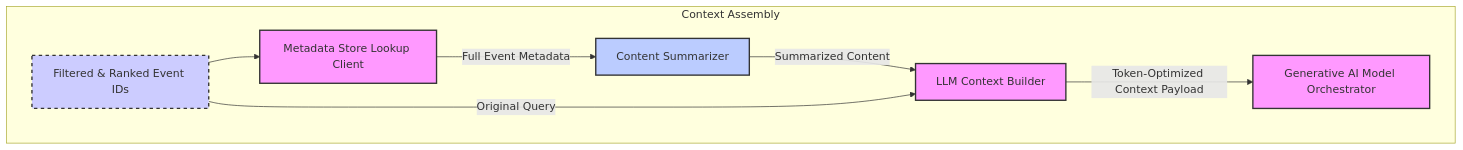
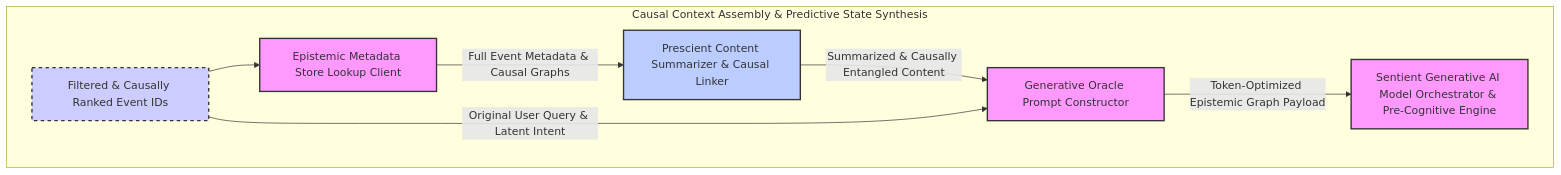
One commit to diplomat-bit/Citibank_Demo_Business_Inc_Demonstration- changed the seventh of 15 diagrams in inventions/inventions/024_ai_smart_city_monitoring.md. Above: the diagram before and after it, drawn with Mermaid. The commit also changed other lines of this file, not shown here.

````diff
--- a/inventions/inventions/024_ai_smart_city_monitoring.md
+++ b/inventions/inventions/024_ai_smart_city_monitoring.md
@@ -394,23 +438,23 @@
 ```mermaid
 graph TD
-    subgraph "Context Assembly"
+    subgraph "Causal Context Assembly & Predictive State Synthesis"
         direction LR
-        A[Filtered & Ranked Event IDs] --> B[Metadata Store Lookup Client]
-        B -- Full Event Metadata --> C[Content Summarizer]
-        C -- Summarized Content --> D[LLM Context Builder]
-        A -- Original Query --> D
-        D -- Token-Optimized Context Payload --> E[Generative AI Model Orchestrator]
+        A[Filtered & Causally Ranked Event IDs] --> B[Epistemic Metadata Store Lookup Client]
+        B -- Full Event Metadata & Causal Graphs --> C[Prescient Content Summarizer & Causal Linker]
+        C -- Summarized & Causally Entangled Content --> D[Generative Oracle Prompt Constructor]
+        A -- Original User Query & Latent Intent --> D
+        D -- Token-Optimized Epistemic Graph Payload --> E[Sentient Generative AI Model Orchestrator & Pre-Cognitive Engine]
 
         classDef eventInput fill:#ccf,stroke:#333,stroke-width:2px,stroke-dasharray: 5 5;
         classDef clientLookup fill:#f9f,stroke:#333,stroke-width:2px;
         classDef summarizer fill:#bcf,stroke:#333,stroke-width:2px;
         classDef builder fill:#f9f,stroke:#333,stroke-width:2px;
         classDef orchestrator fill:#f9f,stroke:#333,stroke-width:2px;
 
         style A fill:#ccf,stroke:#333,stroke-width:2px,stroke-dasharray: 5 5;
         style B fill:#f9f,stroke:#333,stroke-width:2px;
         style C fill:#bcf,stroke:#333,stroke-width:2px;
         style D fill:#f9f,stroke:#333,stroke-width:2px;
         style E fill:#f9f,stroke:#333,stroke-width:2px;
     end
 ```
````
